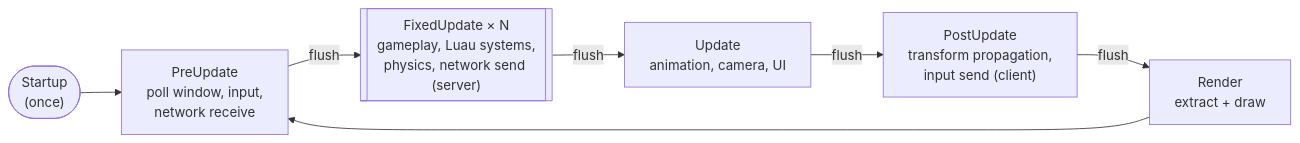
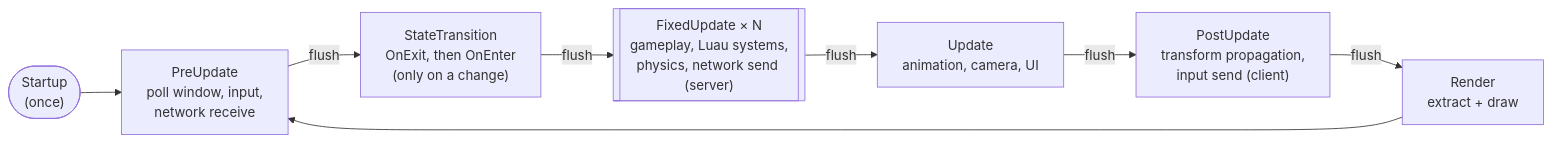
The first of 4 diagrams in docs/ecs/features/13-scheduler.md (EthanCharpentier667/Aylo-Engine), drawn with Mermaid before and after one commit. The commit also changed other lines of this file and 3 other files, not shown here.

````diff
--- a/docs/ecs/features/13-scheduler.md
+++ b/docs/ecs/features/13-scheduler.md
@@ -35,9 +35,10 @@
 ```mermaid
 flowchart LR
     startup(["Startup<br/>(once)"]) --> pre
-    pre["PreUpdate<br/>poll window, input,<br/>network receive"] -- "flush" --> fixed
+    pre["PreUpdate<br/>poll window, input,<br/>network receive"] -- "flush" --> states
+    states["StateTransition<br/>OnExit, then OnEnter<br/>(only on a change)"] -- "flush" --> fixed
     fixed[["FixedUpdate × N<br/>gameplay, Luau systems,<br/>physics, network send (server)"]] -- "flush" --> update
     update["Update<br/>animation, camera, UI"] -- "flush" --> post
     post["PostUpdate<br/>transform propagation,<br/>input send (client)"] -- "flush" --> render
     render["Render<br/>extract + draw"] --> pre
 ```
````
